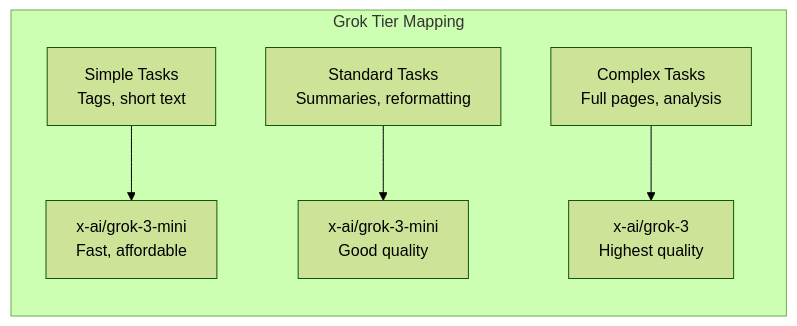
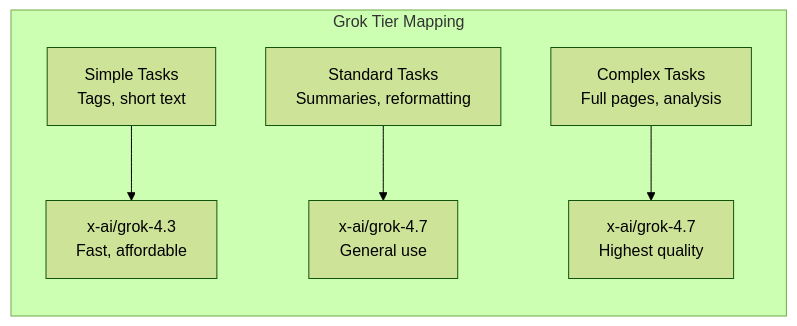
Before and after one commit to ever-works/ever-works: the second of 2 diagrams in docs/plugin-system/xai-plugin.md, drawn with Mermaid (forest theme). The commit also changed other lines of this file and 5 other files, not shown here.

````diff
--- a/docs/plugin-system/xai-plugin.md
+++ b/docs/plugin-system/xai-plugin.md
@@ -90,8 +111,8 @@
 ```mermaid
 graph LR
     subgraph "Grok Tier Mapping"
-        S["Simple Tasks<br/>Tags, short text"] --> SM["x-ai/grok-3-mini<br/>Fast, affordable"]
-        M["Standard Tasks<br/>Summaries, reformatting"] --> MM["x-ai/grok-3-mini<br/>Good quality"]
-        C["Complex Tasks<br/>Full pages, analysis"] --> CM["x-ai/grok-3<br/>Highest quality"]
+        S["Simple Tasks<br/>Tags, short text"] --> SM["x-ai/grok-4.3<br/>Fast, affordable"]
+        M["Standard Tasks<br/>Summaries, reformatting"] --> MM["x-ai/grok-4.7<br/>General use"]
+        C["Complex Tasks<br/>Full pages, analysis"] --> CM["x-ai/grok-4.7<br/>Highest quality"]
     end
 ```
````
